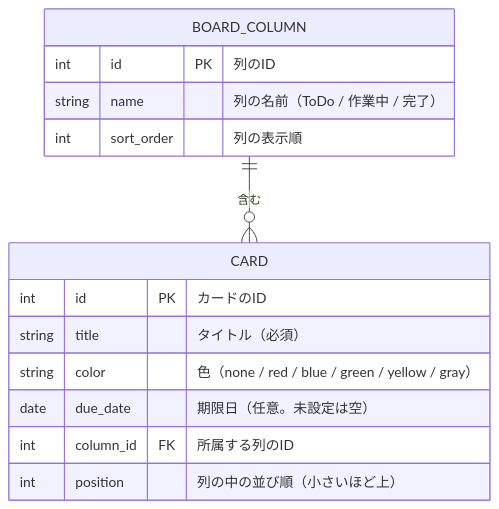
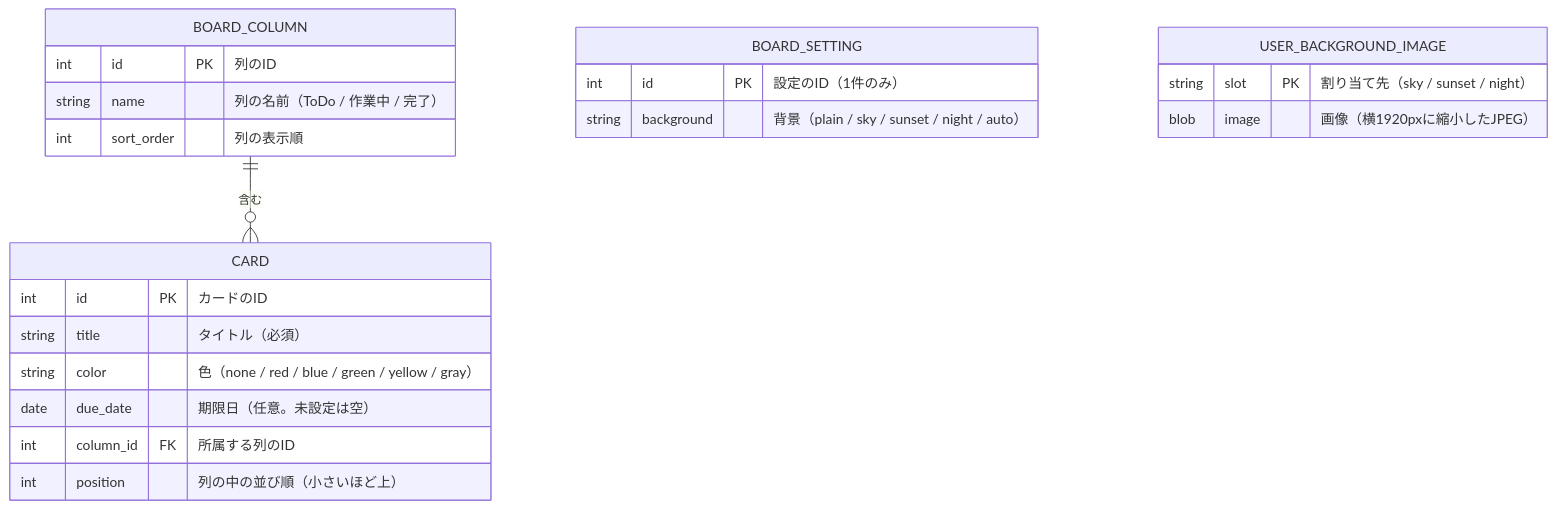
The diagram in docs/data-design.md (RieShinohara/TaskManagement), drawn with Mermaid before and after one commit. The commit also changed other lines of this file and 5 other files, not shown here.

````diff
--- a/docs/data-design.md
+++ b/docs/data-design.md
@@ -8,19 +8,29 @@
 ```mermaid
 erDiagram
     BOARD_COLUMN ||--o{ CARD : "含む"
 
     BOARD_COLUMN {
         int id PK "列のID"
         string name "列の名前（ToDo / 作業中 / 完了）"
         int sort_order "列の表示順"
     }
 
     CARD {
         int id PK "カードのID"
         string title "タイトル（必須）"
         string color "色（none / red / blue / green / yellow / gray）"
         date due_date "期限日（任意。未設定は空）"
         int column_id FK "所属する列のID"
         int position "列の中の並び順（小さいほど上）"
     }
+
+    BOARD_SETTING {
+        int id PK "設定のID（1件のみ）"
+        string background "背景（plain / sky / sunset / night / auto）"
+    }
+
+    USER_BACKGROUND_IMAGE {
+        string slot PK "割り当て先（sky / sunset / night）"
+        blob image "画像（横1920pxに縮小したJPEG）"
+    }
 ```
````
